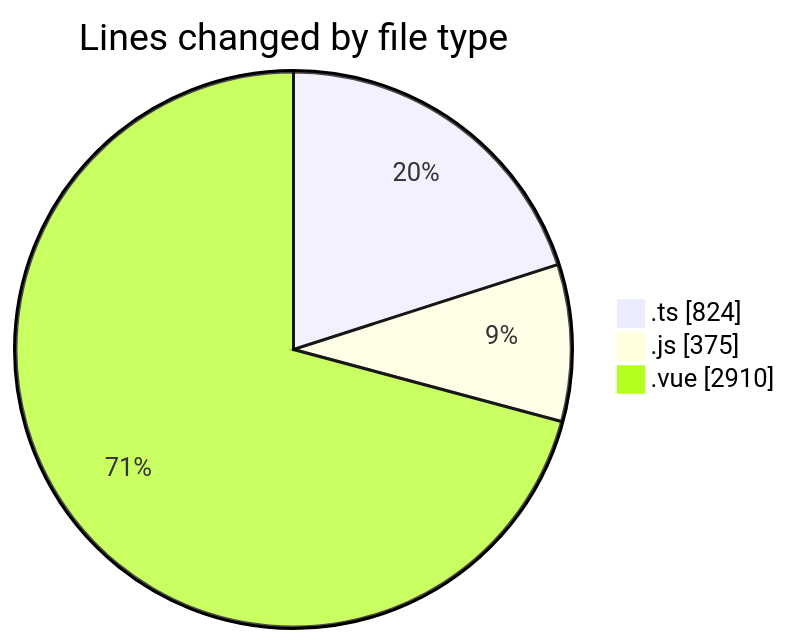
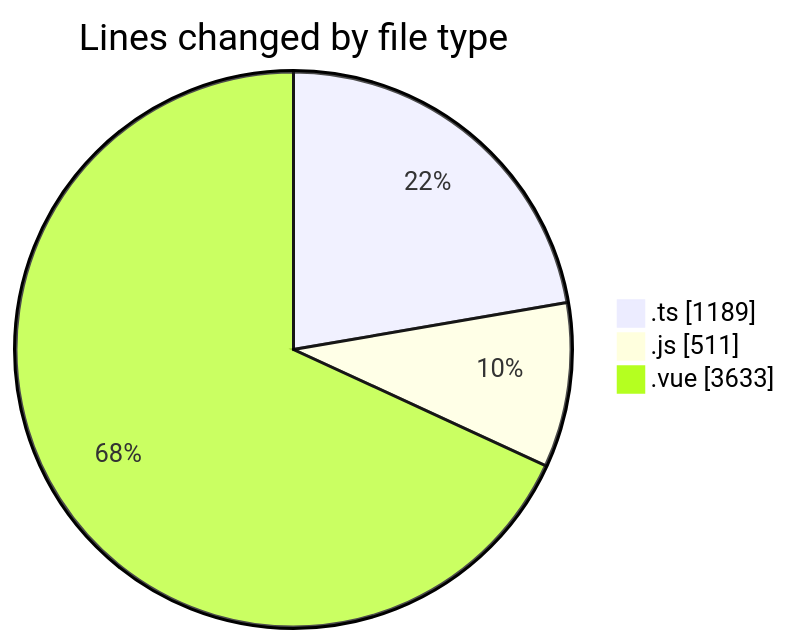
Before and after one commit to lephambinh05/code-tracking: the first of 2 diagrams in 2025-08-16/rentotp/README.md, drawn with Mermaid. The commit also changed other lines of this file and 1 other file, not shown here.

````diff
--- a/2025-08-16/rentotp/README.md
+++ b/2025-08-16/rentotp/README.md
@@ -36,7 +36,7 @@
 ```mermaid
 pie showData
 title Lines changed by file type
-".ts" : 824
-".js" : 375
-".vue" : 2910
+".ts" : 1189
+".js" : 511
+".vue" : 3633
 ```
````
